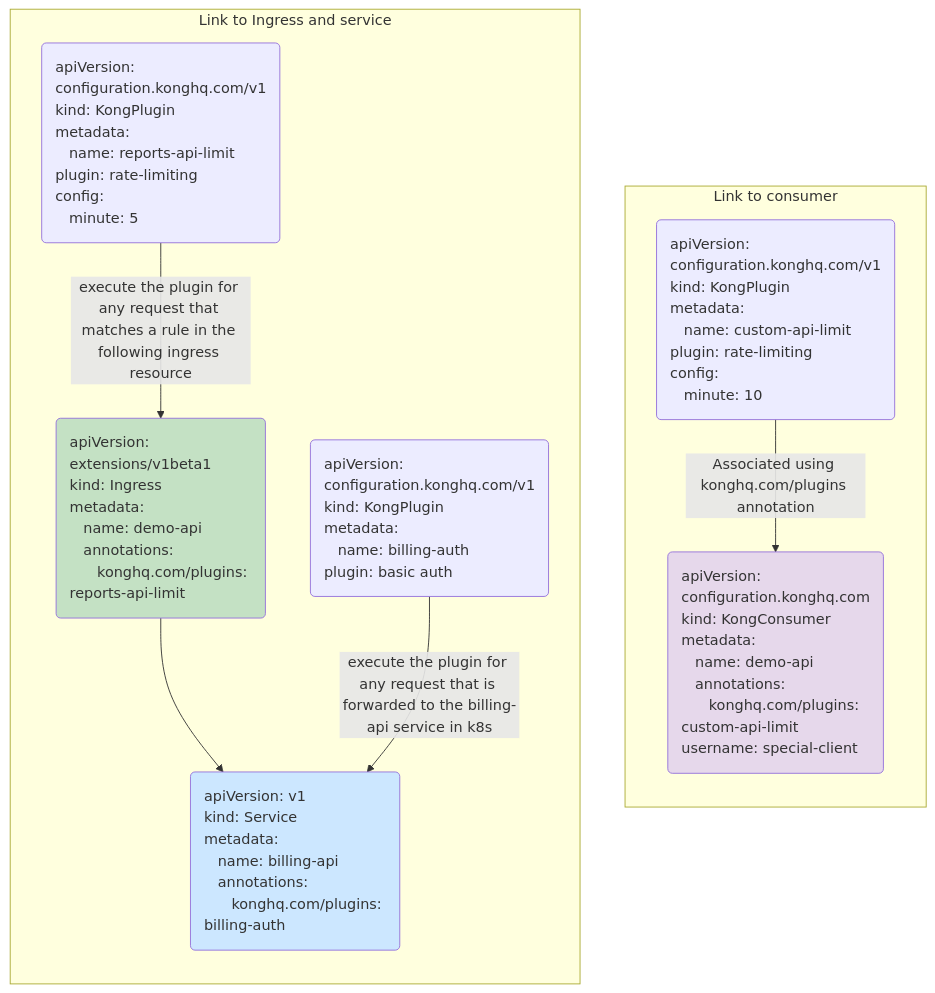
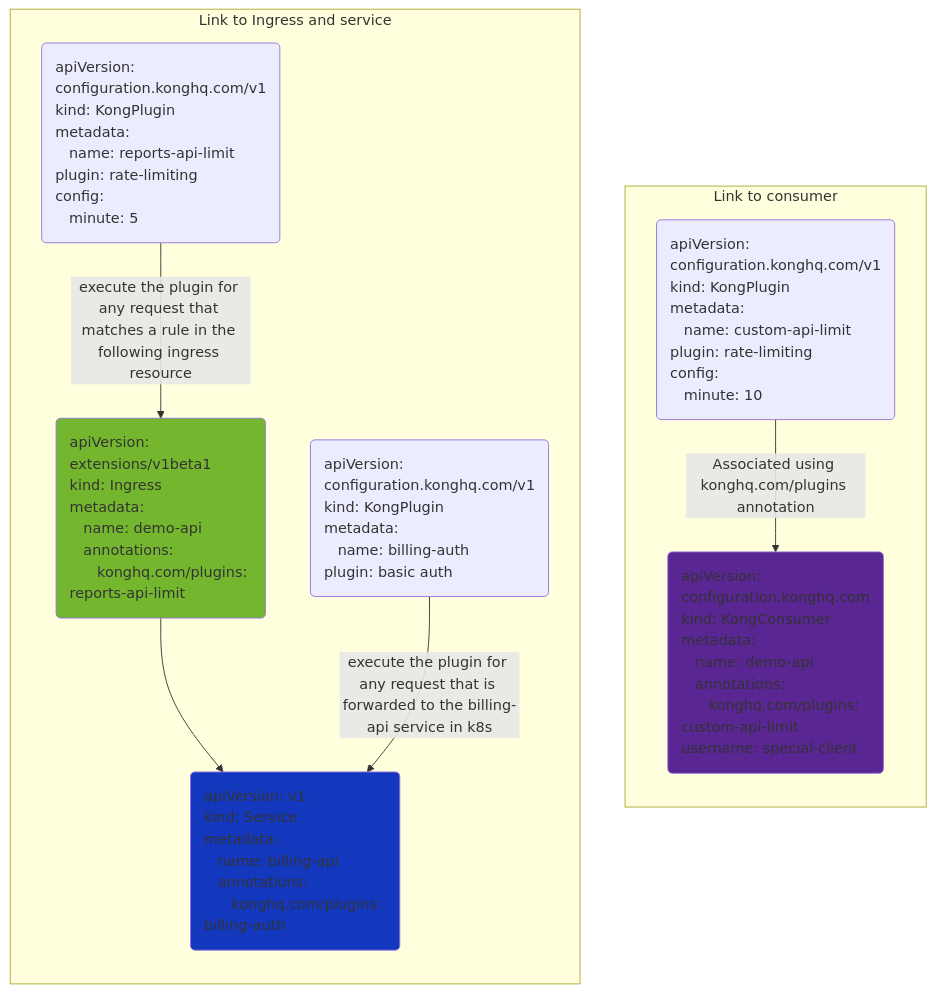
One commit to Kong/developer.konghq.com changed the diagram in app/kubernetes-ingress-controller/custom-resources.md. Above: the diagram before and after it, drawn with Mermaid. The commit also changed other lines of this file and 6 other files, not shown here.

```diff
--- a/app/kubernetes-ingress-controller/custom-resources.md
+++ b/app/kubernetes-ingress-controller/custom-resources.md
@@ -47,30 +47,30 @@
 {% mermaid %}
 flowchart TD
     subgraph Link to consumer
         direction TB
         E(apiVersion: configuration.konghq.com/v1<br>kind: KongPlugin<br>metadata:<br>&nbsp;&nbsp;&nbsp;name: custom-api-limit<br>plugin: rate-limiting<br>config:<br>&nbsp;&nbsp;&nbsp;minute: 10):::left
         F(apiVersion: configuration.konghq.com<br>kind: KongConsumer<br>metadata:<br>&nbsp;&nbsp;&nbsp;name: demo-api<br>&nbsp;&nbsp;&nbsp;annotations:<br>&nbsp;&nbsp;&nbsp;&nbsp;&nbsp;&nbsp;konghq.com/plugins: custom-api-limit<br>username: special-client):::left
     end
     
     subgraph Link to Ingress and service
         direction TB
         A(apiVersion: configuration.konghq.com/v1<br>kind: KongPlugin<br>metadata:<br>&nbsp;&nbsp;&nbsp;name: reports-api-limit<br>plugin: rate-limiting<br>config: <br>&nbsp;&nbsp;&nbsp;minute: 5):::left 
         B(apiVersion: extensions/v1beta1<br>kind: Ingress<br>metadata:<br>&nbsp;&nbsp;&nbsp;name: demo-api<br>&nbsp;&nbsp;&nbsp;annotations:<br>&nbsp;&nbsp;&nbsp;&nbsp;&nbsp;&nbsp;konghq.com/plugins: reports-api-limit):::left
         C(apiVersion: v1<br>kind: Service<br>metadata:<br>&nbsp;&nbsp;&nbsp;name: billing-api<br>&nbsp;&nbsp;&nbsp;annotations:<br>&nbsp;&nbsp;&nbsp;&nbsp;&nbsp;&nbsp;konghq.com/plugins: billing-auth):::left
         D(apiVersion: configuration.konghq.com/v1<br>kind: KongPlugin<br>metadata:<br>&nbsp;&nbsp;&nbsp;name: billing-auth<br>plugin: basic auth):::left
     end
 
     A --> |execute the plugin for any request that matches a rule in the following ingress resource|B
     B --> C
     D --> |execute the plugin for any request that is forwarded to the billing-api service in k8s|C
     E --> |Associated using konghq.com/plugins annotation|F
 
     classDef left text-align:left;
-    classDef lightBlue fill:#cce7ff;
-    classDef lightGreen fill:#c4e1c4;
-    classDef lightPurple fill:#e6d8eb;
+    classDef lightBlue fill:#1338be;
+    classDef lightGreen fill:#74B72E;
+    classDef lightPurple fill:#592693;
 
     class B lightGreen;
     class C lightBlue;
     class F lightPurple;
 {% endmermaid %}
```
